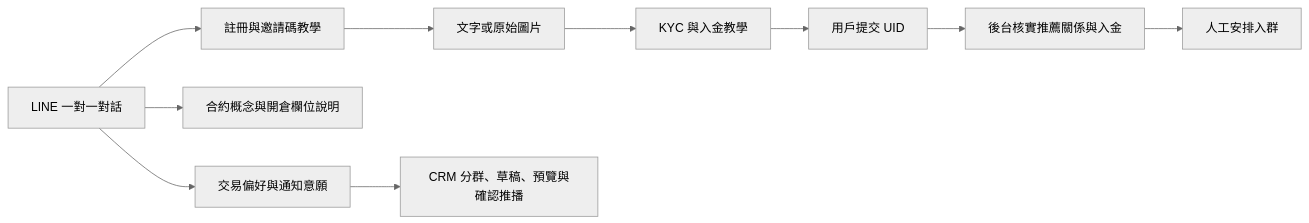
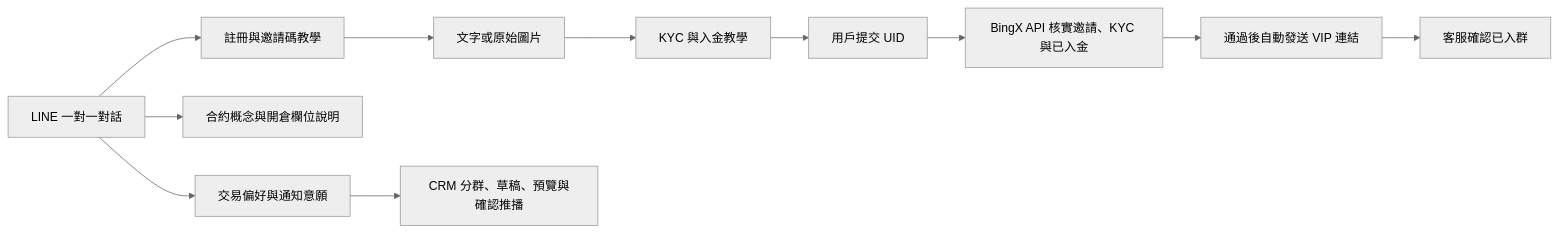
The diagram in docs/PRODUCT.md (dijkstra1115/MetaBear-LineBot), drawn with Mermaid (neutral theme) before and after one commit. The commit also changed other lines of this file and 112 other files, not shown here.

````diff
--- a/docs/PRODUCT.md
+++ b/docs/PRODUCT.md
@@ -14,12 +14,13 @@
 ```mermaid
 flowchart LR
     A[LINE 一對一對話] --> B[註冊與邀請碼教學]
     B --> C[文字或原始圖片]
     C --> D[KYC 與入金教學]
     D --> E[用戶提交 UID]
-    E --> F[後台核實推薦關係與入金]
-    F --> G[人工安排入群]
+    E --> F[BingX API 核實邀請、KYC 與已入金]
+    F --> G[通過後自動發送 VIP 連結]
+    G --> K[客服確認已入群]
     A --> H[合約概念與開倉欄位說明]
     A --> I[交易偏好與通知意願]
     I --> J[CRM 分群、草稿、預覽與確認推播]
 ```
````
